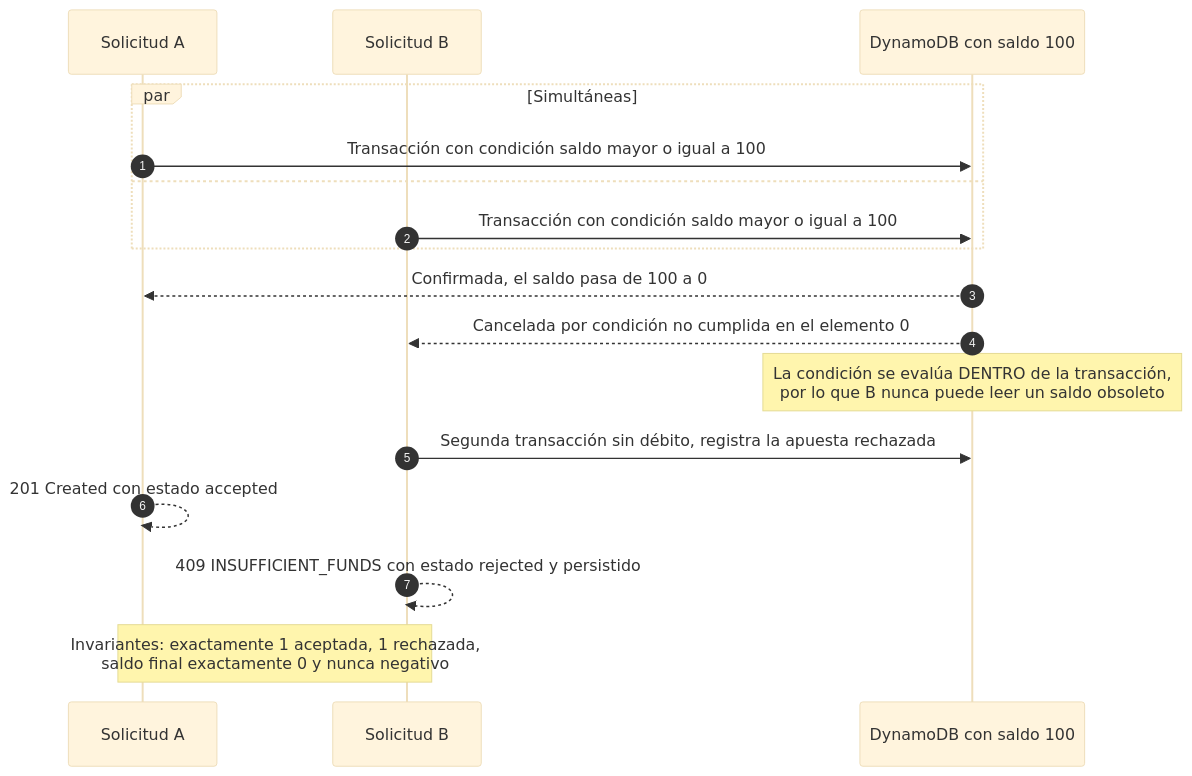
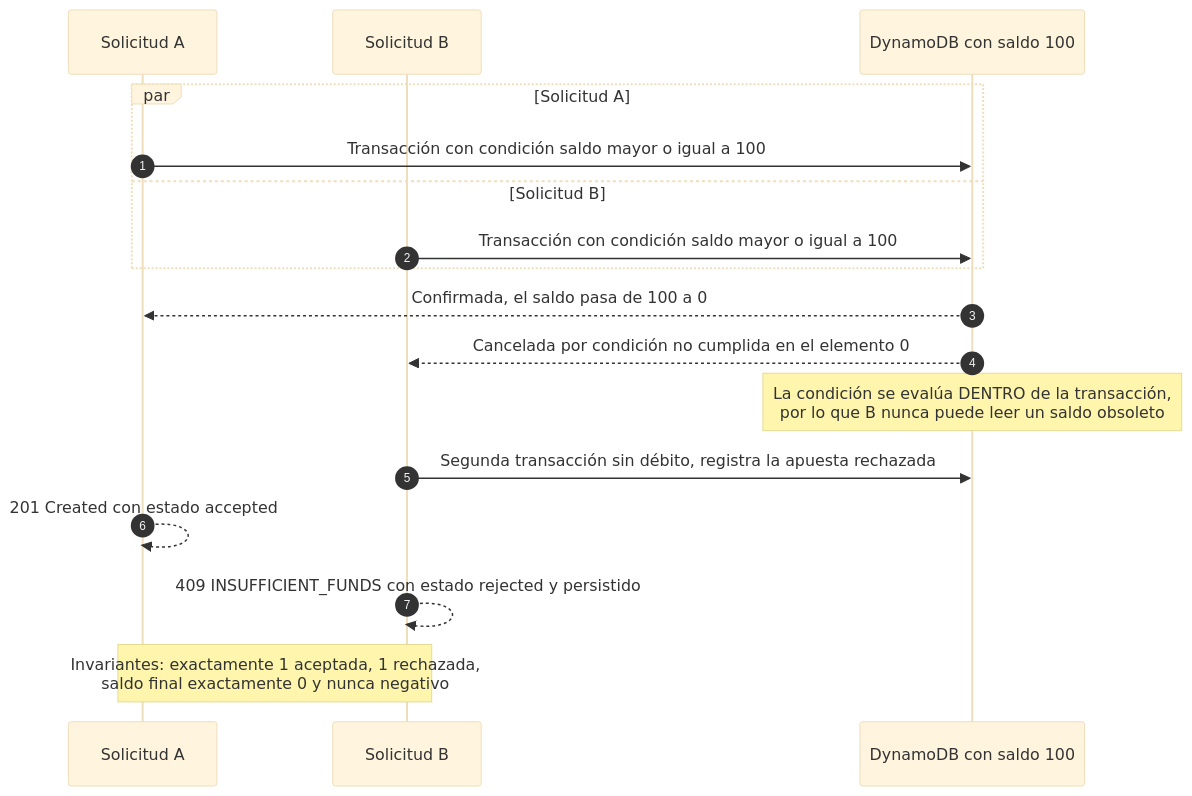
Before and after one commit to JulioCMax/apuesta-total-code-challenge: the second of 2 diagrams in README.md, drawn with Mermaid (base theme).

Commit message:
docs(readme): label both branches of the concurrency par block
An unlabeled `and` branch in a Mermaid `par` block renders without a
caption, so the two competing requests were indistinguishable in the
concurrency diagram.

````diff
--- a/README.md
+++ b/README.md
@@ -596,19 +596,19 @@
 ```mermaid
 sequenceDiagram
     autonumber
     participant A as Solicitud A
     participant B as Solicitud B
     participant D as DynamoDB con saldo 100
-    par Simultáneas
+    par Solicitud A
         A->>D: Transacción con condición saldo mayor o igual a 100
-    and
+    and Solicitud B
         B->>D: Transacción con condición saldo mayor o igual a 100
     end
     D-->>A: Confirmada, el saldo pasa de 100 a 0
     D-->>B: Cancelada por condición no cumplida en el elemento 0
     Note over D: La condición se evalúa DENTRO de la transacción,<br/>por lo que B nunca puede leer un saldo obsoleto
     B->>D: Segunda transacción sin débito, registra la apuesta rechazada
     A-->>A: 201 Created con estado accepted
     B-->>B: 409 INSUFFICIENT_FUNDS con estado rejected y persistido
     Note over A,B: Invariantes: exactamente 1 aceptada, 1 rechazada,<br/>saldo final exactamente 0 y nunca negativo
 ```
````
